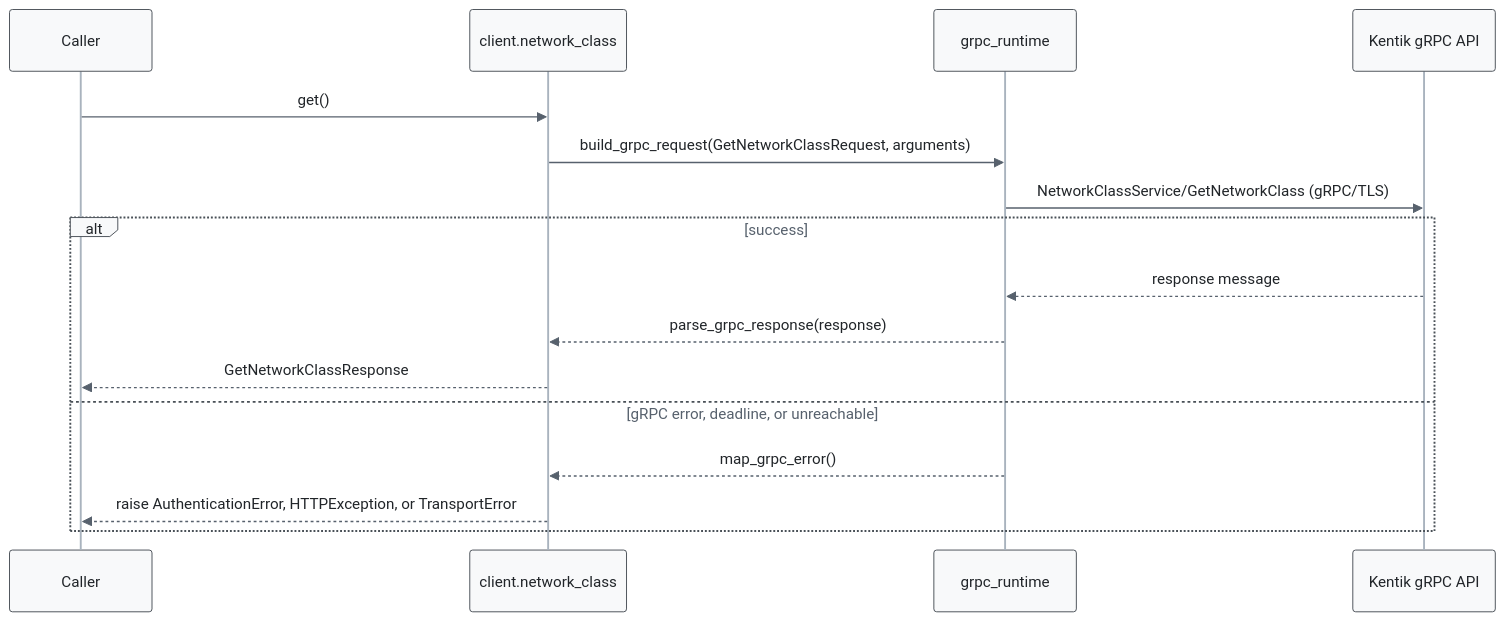
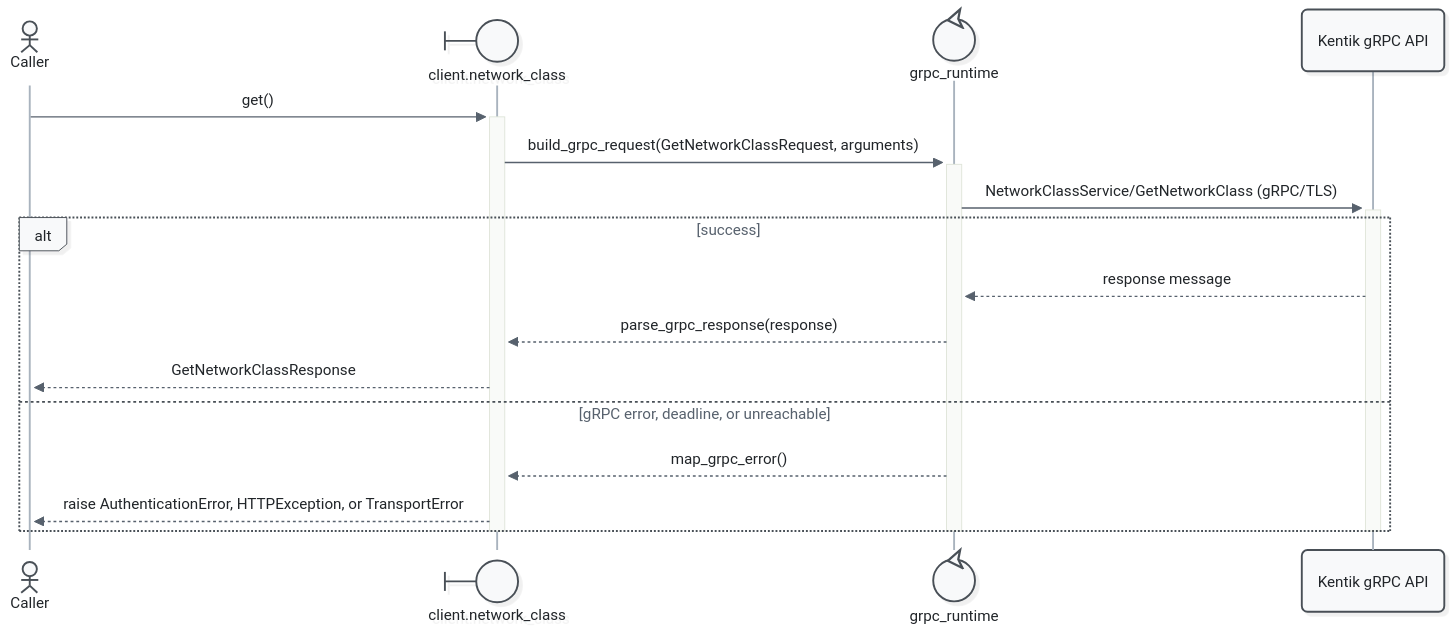
Before and after one commit to alexdearaujo/community_sdk_python: the second of 5 diagrams in docs/sphinx/services/network_class.md, drawn with Mermaid. The commit also changed other lines of this file and 52 other files, not shown here.

First line of the commit message:
docs: Mermaid 12 sequence diagrams with participant types and path colors

````diff
--- a/docs/sphinx/services/network_class.md
+++ b/docs/sphinx/services/network_class.md
@@ -55,20 +57,23 @@
 ```mermaid
-%%{init: {"theme": "base", "fontFamily": "ui-monospace, SFMono-Regular, Menlo, monospace", "themeVariables": {"fontFamily": "ui-monospace, SFMono-Regular, Menlo, monospace", "primaryColor": "#f8f9fa", "primaryBorderColor": "#495057", "primaryTextColor": "#212529", "textColor": "#212529", "lineColor": "#77818c", "edgeLabelBackground": "#ffffff", "actorBkg": "#f8f9fa", "actorBorder": "#495057", "actorTextColor": "#212529", "actorLineColor": "#a9b3be", "signalColor": "#57616d", "signalTextColor": "#212529", "labelBoxBkgColor": "#f8f9fa", "labelBoxBorderColor": "#495057", "labelTextColor": "#212529", "loopTextColor": "#57616d", "noteBkgColor": "#fff9db", "noteBorderColor": "#f08c00", "noteTextColor": "#a35a00"}, "flowchart": {"curve": "step", "nodeSpacing": 30, "rankSpacing": 70, "wrappingWidth": 400}}}%%
+%%{init: {"theme": "redux", "look": "neo", "layout": "dagre", "fontFamily": "ui-monospace, SFMono-Regular, Menlo, monospace", "themeVariables": {"fontFamily": "ui-monospace, SFMono-Regular, Menlo, monospace", "primaryColor": "#f8f9fa", "primaryBorderColor": "#495057", "primaryTextColor": "#212529", "textColor": "#212529", "lineColor": "#77818c", "edgeLabelBackground": "#ffffff", "actorBkg": "#f8f9fa", "actorBorder": "#495057", "actorTextColor": "#212529", "actorLineColor": "#a9b3be", "signalColor": "#57616d", "signalTextColor": "#212529", "labelBoxBkgColor": "#f8f9fa", "labelBoxBorderColor": "#495057", "labelTextColor": "#212529", "loopTextColor": "#57616d", "noteBkgColor": "#fff9db", "noteBorderColor": "#f08c00", "noteTextColor": "#a35a00"}, "sequence": {"activationWidth": 16}, "flowchart": {"curve": "step", "nodeSpacing": 30, "rankSpacing": 70, "wrappingWidth": 400}}}%%
 sequenceDiagram
-    participant C as Caller
-    participant W as client.network_class
-    participant R as grpc_runtime
+    actor C as Caller
+    participant W@{ "type": "boundary" } as client.network_class
+    participant R@{ "type": "control" } as grpc_runtime
     participant API as Kentik gRPC API
 
-    C->>W: get()
-    W->>R: build_grpc_request(GetNetworkClassRequest, arguments)
-    R->>API: NetworkClassService/GetNetworkClass (gRPC/TLS)
+    C->>+W: get()
+    W->>+R: build_grpc_request(GetNetworkClassRequest, arguments)
+    R->>+API: NetworkClassService/GetNetworkClass (gRPC/TLS)
     alt success
         API-->>R: response message
         R-->>W: parse_grpc_response(response)
         W-->>C: GetNetworkClassResponse
     else gRPC error, deadline, or unreachable
         R-->>W: map_grpc_error()
         W-->>C: raise AuthenticationError, HTTPException, or TransportError
     end
+    deactivate API
+    deactivate R
+    deactivate W
 ```
````
